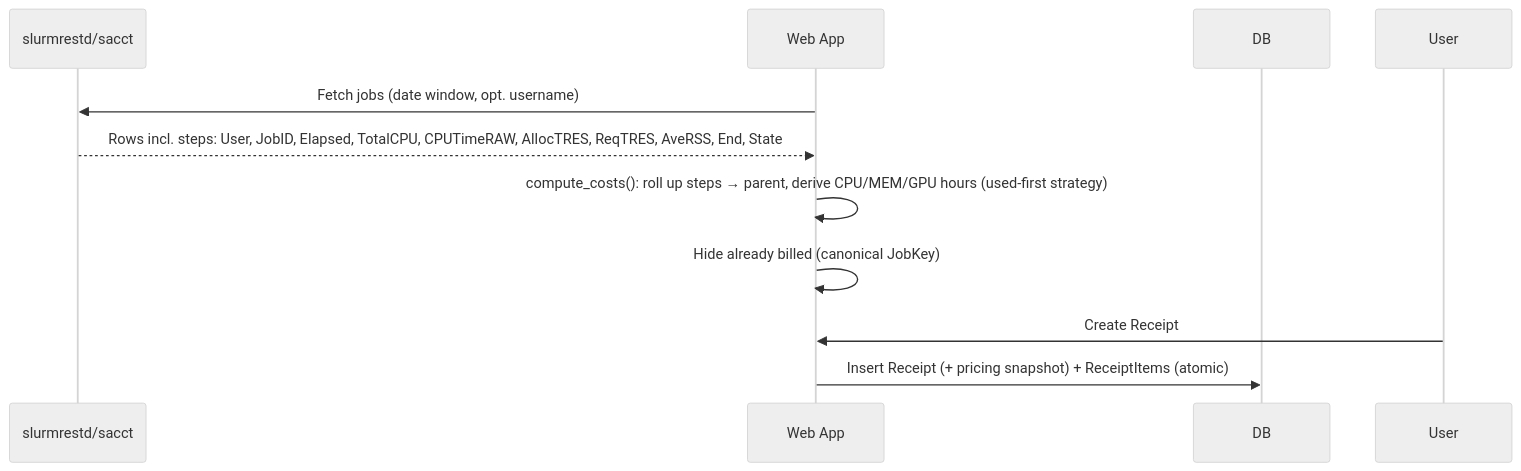
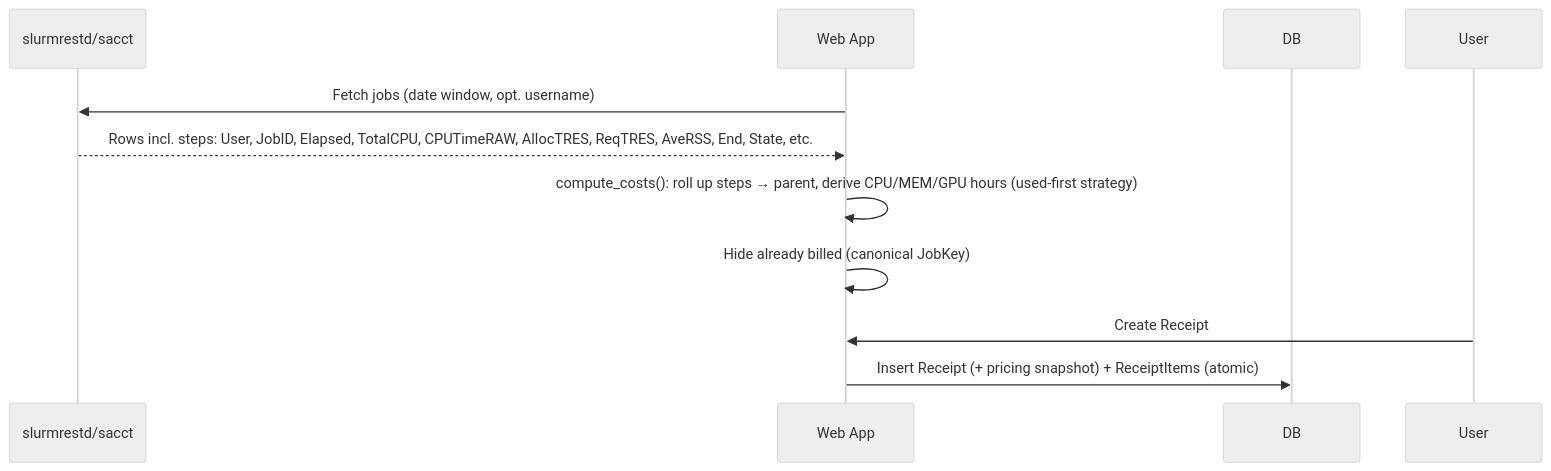
One commit to Purinat33/hpc_flask changed the second of 3 diagrams in docs/index.md. Above: the diagram before and after it, drawn with Mermaid (neutral theme). The commit also changed other lines of this file and 2 other files, not shown here.

````diff
--- a/docs/index.md
+++ b/docs/index.md
@@ -96,13 +100,13 @@
 ```mermaid
 sequenceDiagram
   participant Slurm as slurmrestd/sacct
   participant App as Web App
   participant DB as DB
 
   App->>Slurm: Fetch jobs (date window, opt. username)
-  Slurm-->>App: Rows incl. steps: User, JobID, Elapsed, TotalCPU, CPUTimeRAW, AllocTRES, ReqTRES, AveRSS, End, State
+  Slurm-->>App: Rows incl. steps: User, JobID, Elapsed, TotalCPU, CPUTimeRAW, AllocTRES, ReqTRES, AveRSS, End, State, etc.
   App->>App: compute_costs(): roll up steps → parent, derive CPU/MEM/GPU hours (used-first strategy)
   App->>App: Hide already billed (canonical JobKey)
   User->>App: Create Receipt
   App->>DB: Insert Receipt (+ pricing snapshot) + ReceiptItems (atomic)
 ```
````
